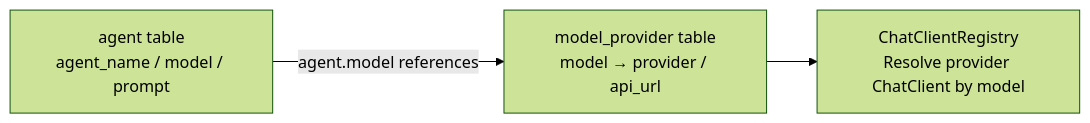
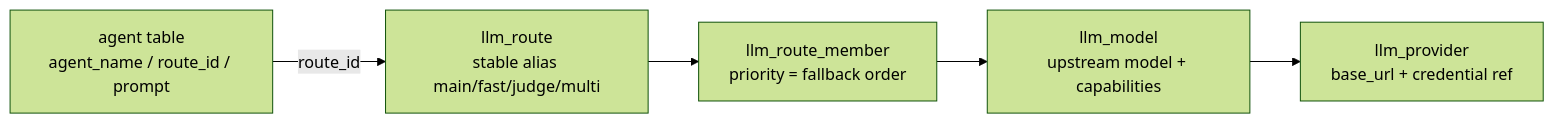
Before and after one commit to cxknotjj/Deerfect_harness: the second of 2 diagrams in README_EN.md, drawn with Mermaid (forest theme). The commit also changed other lines of this file and 12 other files, not shown here.

First line of the commit message:
docs: 清理 model_provider / ChatClientRegistry 旧口径残留

````diff
--- a/README_EN.md
+++ b/README_EN.md
@@ -270,5 +270,7 @@
 ```mermaid
 flowchart LR
-    A[agent table<br/>agent_name / model / prompt] -->|agent.model references| B[model_provider table<br/>model → provider / api_url]
-    B --> C[ChatClientRegistry<br/>Resolve provider ChatClient by model]
+    A[agent table<br/>agent_name / route_id / prompt] -->|route_id| R[llm_route<br/>stable alias main/fast/judge/multi]
+    R --> M[llm_route_member<br/>priority = fallback order]
+    M --> D[llm_model<br/>upstream model + capabilities]
+    D --> P[llm_provider<br/>base_url + credential ref]
 ```
````
